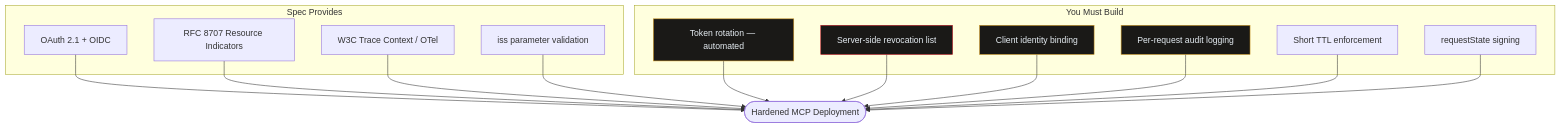
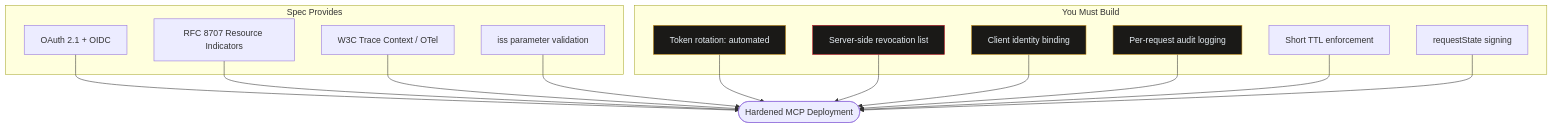
The third of 3 diagrams in src/content/analysis/mcp-stateless-security.mdx (CyberdaemonAI/cyberdaemon-site), drawn with Mermaid before and after one commit. The commit also changed other lines of this file and 6 other files, not shown here.

First line of the commit message:
fix(mermaid): site-wide em dash and newline fixes in all diagram blocks

````diff
--- a/src/content/analysis/mcp-stateless-security.mdx
+++ b/src/content/analysis/mcp-stateless-security.mdx
@@ -209,31 +209,31 @@
 ```mermaid
 flowchart TD
     subgraph spec["Spec Provides"]
         OAUTH[OAuth 2.1 + OIDC]
         RFC[RFC 8707 Resource Indicators]
         OTEL[W3C Trace Context / OTel]
         ISS[iss parameter validation]
     end
     subgraph build["You Must Build"]
-        ROT[Token rotation — automated]
+        ROT[Token rotation: automated]
         REV[Server-side revocation list]
         BIND[Client identity binding]
         AUDIT[Per-request audit logging]
         TTL[Short TTL enforcement]
         RSTATE[requestState signing]
     end
     OAUTH --> SECURE([Hardened MCP Deployment])
     RFC --> SECURE
     OTEL --> SECURE
     ISS --> SECURE
     ROT --> SECURE
     REV --> SECURE
     BIND --> SECURE
     AUDIT --> SECURE
     TTL --> SECURE
     RSTATE --> SECURE
     style ROT fill:#1a1917,stroke:#D29922,color:#E6EDF3
     style REV fill:#1a1917,stroke:#C1121F,color:#E6EDF3
     style BIND fill:#1a1917,stroke:#D29922,color:#E6EDF3
     style AUDIT fill:#1a1917,stroke:#D29922,color:#E6EDF3
 ```
````
